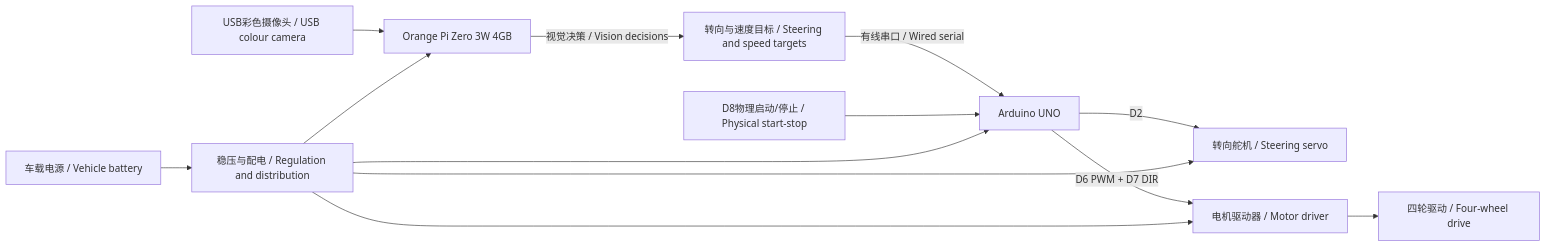
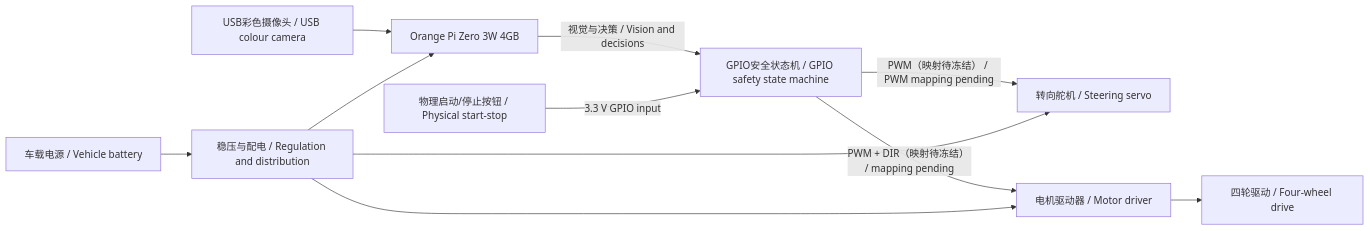
One commit to chinaxueyuannew/wro2026-nanjingBSSN changed the diagram in README.md. Above: the diagram before and after it, drawn with Mermaid. The commit also changed other lines of this file and 32 other files, not shown here.

````diff
--- a/README.md
+++ b/README.md
@@ -137,15 +137,13 @@
 ```mermaid
 flowchart LR
   CAM["USB彩色摄像头 / USB colour camera"] --> OPI["Orange Pi Zero 3W 4GB"]
-  OPI -->|"视觉决策 / Vision decisions"| PLAN["转向与速度目标 / Steering and speed targets"]
-  PLAN -->|"有线串口 / Wired serial"| MCU["Arduino UNO"]
-  MCU -->|"D2"| SERVO["转向舵机 / Steering servo"]
-  MCU -->|"D6 PWM + D7 DIR"| DRIVER["电机驱动器 / Motor driver"]
-  BUTTON["D8物理启动/停止 / Physical start-stop"] --> MCU
+  OPI -->|"视觉与决策 / Vision and decisions"| SAFE["GPIO安全状态机 / GPIO safety state machine"]
+  SAFE -->|"PWM（映射待冻结） / PWM mapping pending"| SERVO["转向舵机 / Steering servo"]
+  SAFE -->|"PWM + DIR（映射待冻结） / mapping pending"| DRIVER["电机驱动器 / Motor driver"]
+  BUTTON["物理启动/停止按钮 / Physical start-stop"] -->|"3.3 V GPIO input"| SAFE
   DRIVER --> MOTOR["四轮驱动 / Four-wheel drive"]
   BAT["车载电源 / Vehicle battery"] --> REG["稳压与配电 / Regulation and distribution"]
   REG --> OPI
-  REG --> MCU
   REG --> SERVO
   REG --> DRIVER
 ```
````
